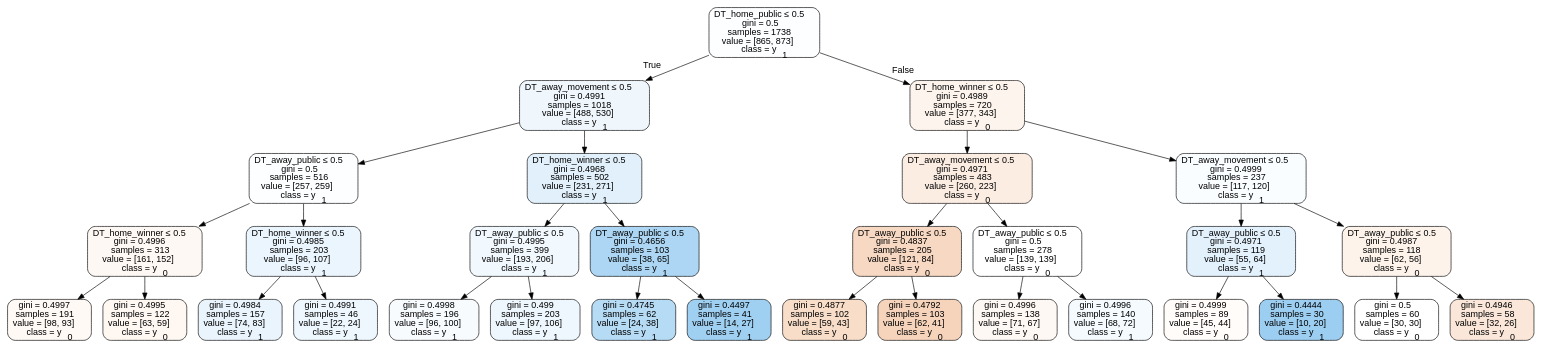
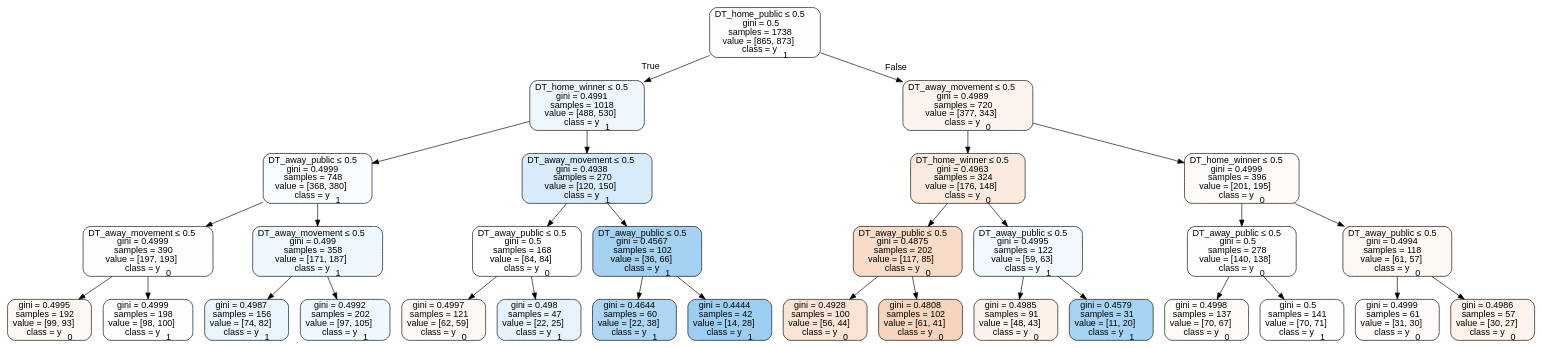
The diagram in tree_data/tree2014neutral.dot (usbogie/ncaa-bets), drawn with Graphviz before and after one commit. The commit also changed 32 other files, not shown here.

```diff
--- a/tree_data/tree2014neutral.dot
+++ b/tree_data/tree2014neutral.dot
@@ -1,65 +1,65 @@
 digraph Tree {
 node [shape=box, style="filled, rounded", color="black", fontname=helvetica] ;
 edge [fontname=helvetica] ;
 0 [label=<DT_home_public &le; 0.5<br/>gini = 0.5<br/>samples = 1738<br/>value = [865, 873]<br/>class = y<SUB>1</SUB>>, fillcolor="#399de502"] ;
-1 [label=<DT_away_movement &le; 0.5<br/>gini = 0.4991<br/>samples = 1018<br/>value = [488, 530]<br/>class = y<SUB>1</SUB>>, fillcolor="#399de514"] ;
+1 [label=<DT_home_winner &le; 0.5<br/>gini = 0.4991<br/>samples = 1018<br/>value = [488, 530]<br/>class = y<SUB>1</SUB>>, fillcolor="#399de514"] ;
 0 -> 1 [labeldistance=2.5, labelangle=45, headlabel="True"] ;
-2 [label=<DT_away_public &le; 0.5<br/>gini = 0.5<br/>samples = 516<br/>value = [257, 259]<br/>class = y<SUB>1</SUB>>, fillcolor="#399de502"] ;
+2 [label=<DT_away_public &le; 0.5<br/>gini = 0.4999<br/>samples = 748<br/>value = [368, 380]<br/>class = y<SUB>1</SUB>>, fillcolor="#399de508"] ;
 1 -> 2 ;
-3 [label=<DT_home_winner &le; 0.5<br/>gini = 0.4996<br/>samples = 313<br/>value = [161, 152]<br/>class = y<SUB>0</SUB>>, fillcolor="#e581390e"] ;
+3 [label=<DT_away_movement &le; 0.5<br/>gini = 0.4999<br/>samples = 390<br/>value = [197, 193]<br/>class = y<SUB>0</SUB>>, fillcolor="#e5813905"] ;
 2 -> 3 ;
-4 [label=<gini = 0.4997<br/>samples = 191<br/>value = [98, 93]<br/>class = y<SUB>0</SUB>>, fillcolor="#e581390d"] ;
+4 [label=<gini = 0.4995<br/>samples = 192<br/>value = [99, 93]<br/>class = y<SUB>0</SUB>>, fillcolor="#e581390f"] ;
 3 -> 4 ;
-5 [label=<gini = 0.4995<br/>samples = 122<br/>value = [63, 59]<br/>class = y<SUB>0</SUB>>, fillcolor="#e5813910"] ;
+5 [label=<gini = 0.4999<br/>samples = 198<br/>value = [98, 100]<br/>class = y<SUB>1</SUB>>, fillcolor="#399de505"] ;
 3 -> 5 ;
-6 [label=<DT_home_winner &le; 0.5<br/>gini = 0.4985<br/>samples = 203<br/>value = [96, 107]<br/>class = y<SUB>1</SUB>>, fillcolor="#399de51a"] ;
+6 [label=<DT_away_movement &le; 0.5<br/>gini = 0.499<br/>samples = 358<br/>value = [171, 187]<br/>class = y<SUB>1</SUB>>, fillcolor="#399de516"] ;
 2 -> 6 ;
-7 [label=<gini = 0.4984<br/>samples = 157<br/>value = [74, 83]<br/>class = y<SUB>1</SUB>>, fillcolor="#399de51c"] ;
+7 [label=<gini = 0.4987<br/>samples = 156<br/>value = [74, 82]<br/>class = y<SUB>1</SUB>>, fillcolor="#399de519"] ;
 6 -> 7 ;
-8 [label=<gini = 0.4991<br/>samples = 46<br/>value = [22, 24]<br/>class = y<SUB>1</SUB>>, fillcolor="#399de515"] ;
+8 [label=<gini = 0.4992<br/>samples = 202<br/>value = [97, 105]<br/>class = y<SUB>1</SUB>>, fillcolor="#399de513"] ;
 6 -> 8 ;
-9 [label=<DT_home_winner &le; 0.5<br/>gini = 0.4968<br/>samples = 502<br/>value = [231, 271]<br/>class = y<SUB>1</SUB>>, fillcolor="#399de526"] ;
+9 [label=<DT_away_movement &le; 0.5<br/>gini = 0.4938<br/>samples = 270<br/>value = [120, 150]<br/>class = y<SUB>1</SUB>>, fillcolor="#399de533"] ;
 1 -> 9 ;
-10 [label=<DT_away_public &le; 0.5<br/>gini = 0.4995<br/>samples = 399<br/>value = [193, 206]<br/>class = y<SUB>1</SUB>>, fillcolor="#399de510"] ;
+10 [label=<DT_away_public &le; 0.5<br/>gini = 0.5<br/>samples = 168<br/>value = [84, 84]<br/>class = y<SUB>0</SUB>>, fillcolor="#e5813900"] ;
 9 -> 10 ;
-11 [label=<gini = 0.4998<br/>samples = 196<br/>value = [96, 100]<br/>class = y<SUB>1</SUB>>, fillcolor="#399de50a"] ;
+11 [label=<gini = 0.4997<br/>samples = 121<br/>value = [62, 59]<br/>class = y<SUB>0</SUB>>, fillcolor="#e581390c"] ;
 10 -> 11 ;
-12 [label=<gini = 0.499<br/>samples = 203<br/>value = [97, 106]<br/>class = y<SUB>1</SUB>>, fillcolor="#399de516"] ;
+12 [label=<gini = 0.498<br/>samples = 47<br/>value = [22, 25]<br/>class = y<SUB>1</SUB>>, fillcolor="#399de51f"] ;
 10 -> 12 ;
-13 [label=<DT_away_public &le; 0.5<br/>gini = 0.4656<br/>samples = 103<br/>value = [38, 65]<br/>class = y<SUB>1</SUB>>, fillcolor="#399de56a"] ;
+13 [label=<DT_away_public &le; 0.5<br/>gini = 0.4567<br/>samples = 102<br/>value = [36, 66]<br/>class = y<SUB>1</SUB>>, fillcolor="#399de574"] ;
 9 -> 13 ;
-14 [label=<gini = 0.4745<br/>samples = 62<br/>value = [24, 38]<br/>class = y<SUB>1</SUB>>, fillcolor="#399de55e"] ;
+14 [label=<gini = 0.4644<br/>samples = 60<br/>value = [22, 38]<br/>class = y<SUB>1</SUB>>, fillcolor="#399de56b"] ;
 13 -> 14 ;
-15 [label=<gini = 0.4497<br/>samples = 41<br/>value = [14, 27]<br/>class = y<SUB>1</SUB>>, fillcolor="#399de57b"] ;
+15 [label=<gini = 0.4444<br/>samples = 42<br/>value = [14, 28]<br/>class = y<SUB>1</SUB>>, fillcolor="#399de57f"] ;
 13 -> 15 ;
-16 [label=<DT_home_winner &le; 0.5<br/>gini = 0.4989<br/>samples = 720<br/>value = [377, 343]<br/>class = y<SUB>0</SUB>>, fillcolor="#e5813917"] ;
+16 [label=<DT_away_movement &le; 0.5<br/>gini = 0.4989<br/>samples = 720<br/>value = [377, 343]<br/>class = y<SUB>0</SUB>>, fillcolor="#e5813917"] ;
 0 -> 16 [labeldistance=2.5, labelangle=-45, headlabel="False"] ;
-17 [label=<DT_away_movement &le; 0.5<br/>gini = 0.4971<br/>samples = 483<br/>value = [260, 223]<br/>class = y<SUB>0</SUB>>, fillcolor="#e5813924"] ;
+17 [label=<DT_home_winner &le; 0.5<br/>gini = 0.4963<br/>samples = 324<br/>value = [176, 148]<br/>class = y<SUB>0</SUB>>, fillcolor="#e5813929"] ;
 16 -> 17 ;
-18 [label=<DT_away_public &le; 0.5<br/>gini = 0.4837<br/>samples = 205<br/>value = [121, 84]<br/>class = y<SUB>0</SUB>>, fillcolor="#e581394e"] ;
+18 [label=<DT_away_public &le; 0.5<br/>gini = 0.4875<br/>samples = 202<br/>value = [117, 85]<br/>class = y<SUB>0</SUB>>, fillcolor="#e5813946"] ;
 17 -> 18 ;
-19 [label=<gini = 0.4877<br/>samples = 102<br/>value = [59, 43]<br/>class = y<SUB>0</SUB>>, fillcolor="#e5813945"] ;
+19 [label=<gini = 0.4928<br/>samples = 100<br/>value = [56, 44]<br/>class = y<SUB>0</SUB>>, fillcolor="#e5813937"] ;
 18 -> 19 ;
-20 [label=<gini = 0.4792<br/>samples = 103<br/>value = [62, 41]<br/>class = y<SUB>0</SUB>>, fillcolor="#e5813956"] ;
+20 [label=<gini = 0.4808<br/>samples = 102<br/>value = [61, 41]<br/>class = y<SUB>0</SUB>>, fillcolor="#e5813954"] ;
 18 -> 20 ;
-21 [label=<DT_away_public &le; 0.5<br/>gini = 0.5<br/>samples = 278<br/>value = [139, 139]<br/>class = y<SUB>0</SUB>>, fillcolor="#e5813900"] ;
+21 [label=<DT_away_public &le; 0.5<br/>gini = 0.4995<br/>samples = 122<br/>value = [59, 63]<br/>class = y<SUB>1</SUB>>, fillcolor="#399de510"] ;
 17 -> 21 ;
-22 [label=<gini = 0.4996<br/>samples = 138<br/>value = [71, 67]<br/>class = y<SUB>0</SUB>>, fillcolor="#e581390e"] ;
+22 [label=<gini = 0.4985<br/>samples = 91<br/>value = [48, 43]<br/>class = y<SUB>0</SUB>>, fillcolor="#e581391b"] ;
 21 -> 22 ;
-23 [label=<gini = 0.4996<br/>samples = 140<br/>value = [68, 72]<br/>class = y<SUB>1</SUB>>, fillcolor="#399de50e"] ;
+23 [label=<gini = 0.4579<br/>samples = 31<br/>value = [11, 20]<br/>class = y<SUB>1</SUB>>, fillcolor="#399de573"] ;
 21 -> 23 ;
-24 [label=<DT_away_movement &le; 0.5<br/>gini = 0.4999<br/>samples = 237<br/>value = [117, 120]<br/>class = y<SUB>1</SUB>>, fillcolor="#399de506"] ;
+24 [label=<DT_home_winner &le; 0.5<br/>gini = 0.4999<br/>samples = 396<br/>value = [201, 195]<br/>class = y<SUB>0</SUB>>, fillcolor="#e5813908"] ;
 16 -> 24 ;
-25 [label=<DT_away_public &le; 0.5<br/>gini = 0.4971<br/>samples = 119<br/>value = [55, 64]<br/>class = y<SUB>1</SUB>>, fillcolor="#399de524"] ;
+25 [label=<DT_away_public &le; 0.5<br/>gini = 0.5<br/>samples = 278<br/>value = [140, 138]<br/>class = y<SUB>0</SUB>>, fillcolor="#e5813904"] ;
 24 -> 25 ;
-26 [label=<gini = 0.4999<br/>samples = 89<br/>value = [45, 44]<br/>class = y<SUB>0</SUB>>, fillcolor="#e5813906"] ;
+26 [label=<gini = 0.4998<br/>samples = 137<br/>value = [70, 67]<br/>class = y<SUB>0</SUB>>, fillcolor="#e581390b"] ;
 25 -> 26 ;
-27 [label=<gini = 0.4444<br/>samples = 30<br/>value = [10, 20]<br/>class = y<SUB>1</SUB>>, fillcolor="#399de57f"] ;
+27 [label=<gini = 0.5<br/>samples = 141<br/>value = [70, 71]<br/>class = y<SUB>1</SUB>>, fillcolor="#399de504"] ;
 25 -> 27 ;
-28 [label=<DT_away_public &le; 0.5<br/>gini = 0.4987<br/>samples = 118<br/>value = [62, 56]<br/>class = y<SUB>0</SUB>>, fillcolor="#e5813919"] ;
+28 [label=<DT_away_public &le; 0.5<br/>gini = 0.4994<br/>samples = 118<br/>value = [61, 57]<br/>class = y<SUB>0</SUB>>, fillcolor="#e5813911"] ;
 24 -> 28 ;
-29 [label=<gini = 0.5<br/>samples = 60<br/>value = [30, 30]<br/>class = y<SUB>0</SUB>>, fillcolor="#e5813900"] ;
+29 [label=<gini = 0.4999<br/>samples = 61<br/>value = [31, 30]<br/>class = y<SUB>0</SUB>>, fillcolor="#e5813908"] ;
 28 -> 29 ;
-30 [label=<gini = 0.4946<br/>samples = 58<br/>value = [32, 26]<br/>class = y<SUB>0</SUB>>, fillcolor="#e5813930"] ;
+30 [label=<gini = 0.4986<br/>samples = 57<br/>value = [30, 27]<br/>class = y<SUB>0</SUB>>, fillcolor="#e5813919"] ;
 28 -> 30 ;
 }
```
